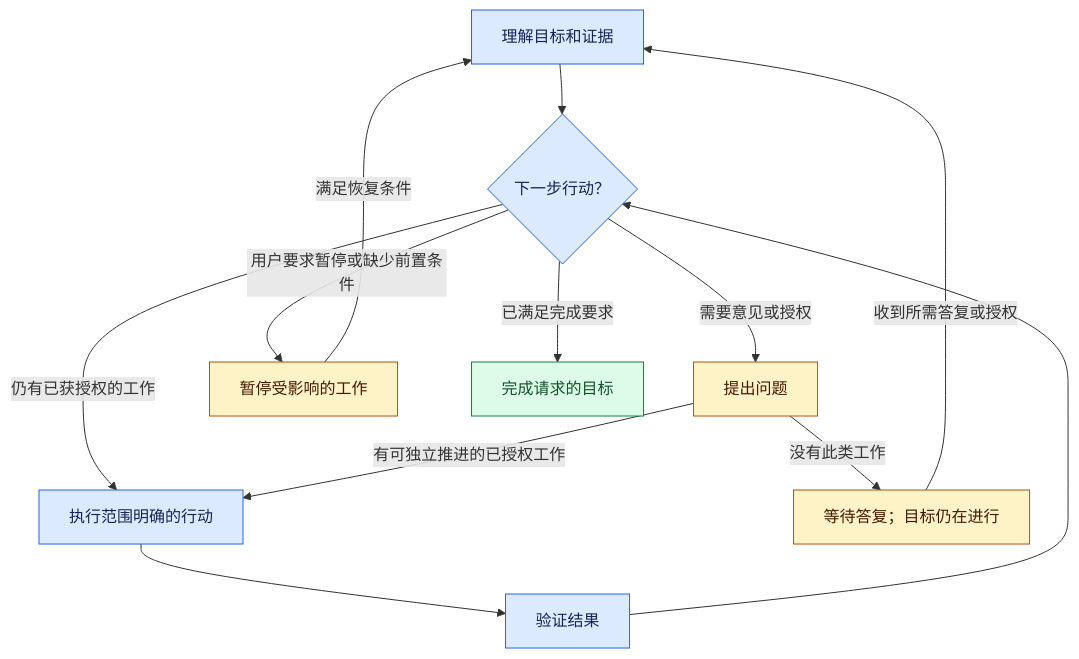
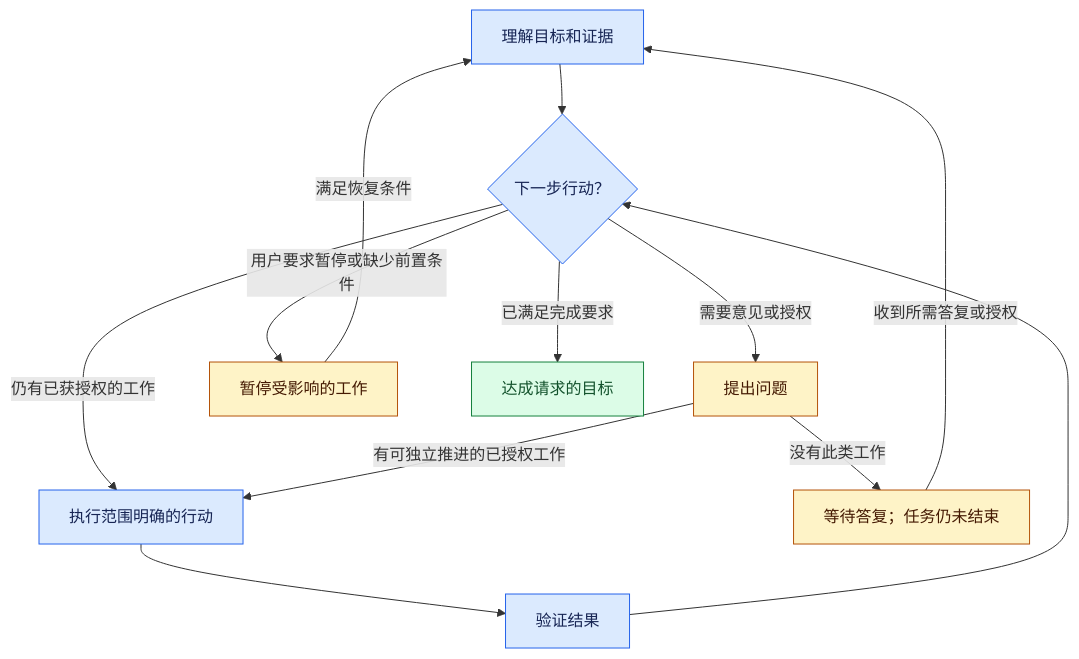
Before and after one commit to Lusona/ai-skills: the diagram in README.zh-CN.md, drawn with Mermaid. The commit also changed other lines of this file and 5 other files, not shown here.

````diff
--- a/README.zh-CN.md
+++ b/README.zh-CN.md
@@ -119,21 +121,21 @@
 ```mermaid
 flowchart TD
     Understand[理解目标和证据] --> Assess{下一步行动？}
     Assess -->|仍有已获授权的工作| Act[执行范围明确的行动]
     Act --> Check[验证结果]
     Check --> Assess
     Assess -->|需要意见或授权| Ask[提出问题]
     Ask -->|有可独立推进的已授权工作| Act
-    Ask -->|没有此类工作| Wait[等待答复；目标仍在进行]
+    Ask -->|没有此类工作| Wait[等待答复；任务仍未结束]
     Wait -->|收到所需答复或授权| Understand
     Assess -->|用户要求暂停或缺少前置条件| Pause[暂停受影响的工作]
     Pause -->|满足恢复条件| Understand
-    Assess -->|已满足完成要求| Done[完成请求的目标]
+    Assess -->|已满足完成要求| Done[达成请求的目标]
 
     classDef work fill:#dbeafe,stroke:#2563eb,color:#172554
     classDef input fill:#fef3c7,stroke:#b45309,color:#451a03
     classDef complete fill:#dcfce7,stroke:#15803d,color:#14532d
     class Understand,Assess,Act,Check work
     class Ask,Wait,Pause input
     class Done complete
 ```
````
